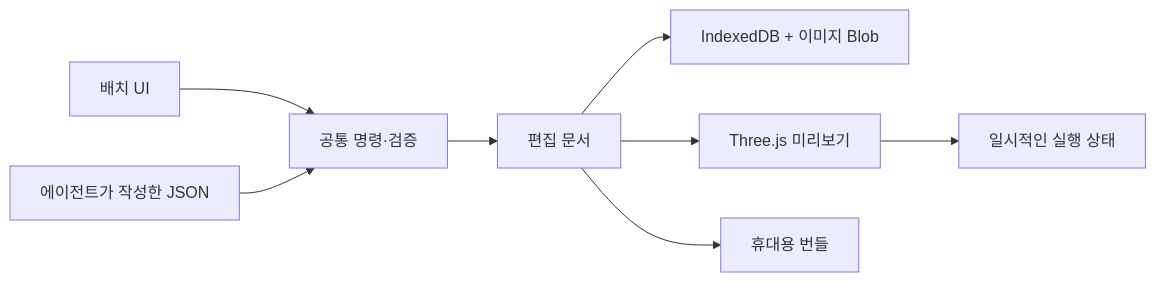
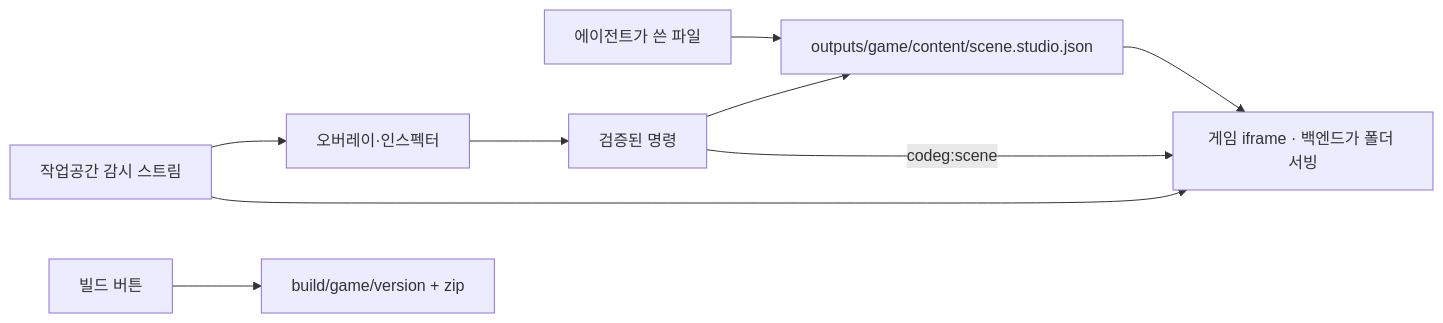
Before and after one commit to tiny-solver/tinysolver-studio: the diagram in docs/studio/README.md, drawn with Mermaid. The commit also changed other lines of this file and 63 other files, not shown here.

````diff
--- a/docs/studio/README.md
+++ b/docs/studio/README.md
@@ -75,10 +82,10 @@
 ```mermaid
 flowchart LR
-    UI[배치 UI] --> Commands[공통 명령·검증]
-    JSON[에이전트가 작성한 JSON] --> Commands
-    Commands --> Doc[편집 문서]
-    Doc --> DB[IndexedDB + 이미지 Blob]
-    Doc --> Render[Three.js 미리보기]
-    Doc --> Bundle[휴대용 번들]
-    Render --> State[일시적인 실행 상태]
+    Agent[에이전트가 쓴 파일] --> File[outputs/game/content/scene.studio.json]
+    UI[오버레이·인스펙터] --> Commands[검증된 명령] --> File
+    File --> Engine[게임 iframe · 백엔드가 폴더 서빙]
+    Commands -- codeg:scene --> Engine
+    Watch[작업공간 감시 스트림] --> UI
+    Watch --> Engine
+    Build[빌드 버튼] --> Out[build/game/version + zip]
 ```
````
